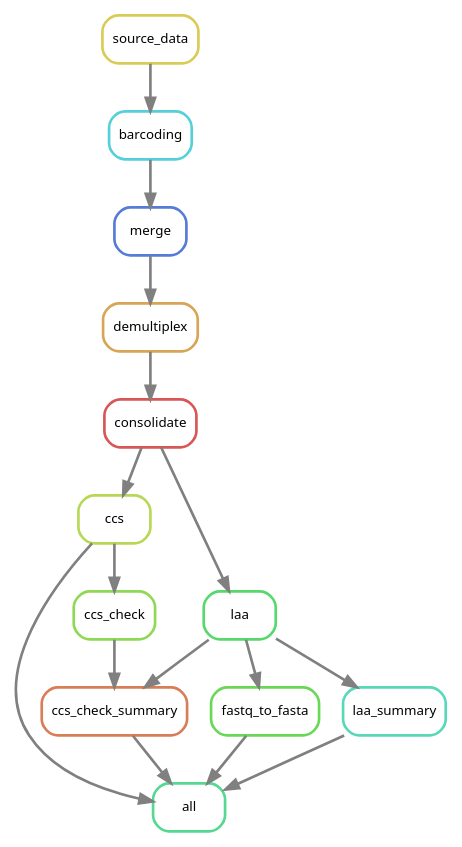
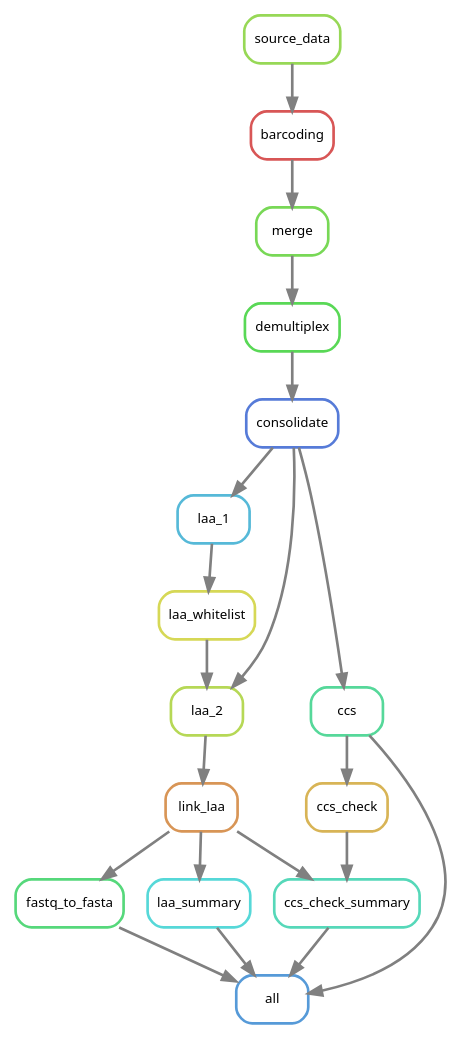
The diagram in README.md (lumc-pgx/preprocessor), drawn with PlantUML before and after one commit.

Commit message:
updated rule graph

````diff
--- a/README.md
+++ b/README.md
@@ -13,34 +13,41 @@
 ```plantuml
 digraph snakemake_dag {
     graph[bgcolor=white, margin=0];
     node[shape=box, style=rounded, fontname=sans,                 fontsize=10, penwidth=2];
     edge[penwidth=2, color=grey];
-	0[label = "consolidate", color = "0.00 0.6 0.85", style="rounded"];
-	1[label = "fastq_to_fasta", color = "0.31 0.6 0.85", style="rounded"];
-	2[label = "ccs_check_summary", color = "0.05 0.6 0.85", style="rounded"];
-	3[label = "demultiplex", color = "0.10 0.6 0.85", style="rounded"];
-	4[label = "ccs_check", color = "0.26 0.6 0.85", style="rounded"];
-	5[label = "ccs", color = "0.21 0.6 0.85", style="rounded"];
-	6[label = "laa", color = "0.36 0.6 0.85", style="rounded"];
-	7[label = "all", color = "0.41 0.6 0.85", style="rounded"];
-	8[label = "laa_summary", color = "0.46 0.6 0.85", style="rounded"];
-	9[label = "source_data", color = "0.15 0.6 0.85", style="rounded"];
-	10[label = "barcoding", color = "0.51 0.6 0.85", style="rounded"];
-	11[label = "merge", color = "0.62 0.6 0.85", style="rounded"];
-	3 -> 0
-	6 -> 1
-	4 -> 2
-	6 -> 2
-	11 -> 3
-	5 -> 4
-	0 -> 5
-	0 -> 6
-	1 -> 7
-	8 -> 7
-	2 -> 7
-	5 -> 7
-	6 -> 8
-	9 -> 10
-	10 -> 11
-}
+        0[label = "barcoding", color = "0.00 0.6 0.85", style="rounded"];
+        1[label = "link_laa", color = "0.08 0.6 0.85", style="rounded"];
+        2[label = "ccs_check", color = "0.12 0.6 0.85", style="rounded"];
+        3[label = "all", color = "0.58 0.6 0.85", style="rounded"];
+        4[label = "source_data", color = "0.25 0.6 0.85", style="rounded"];
+        5[label = "laa_1", color = "0.54 0.6 0.85", style="rounded"];
+        6[label = "fastq_to_fasta", color = "0.38 0.6 0.85", style="rounded"];
+        7[label = "demultiplex", color = "0.33 0.6 0.85", style="rounded"];
+        8[label = "ccs", color = "0.42 0.6 0.85", style="rounded"];
+        9[label = "ccs_check_summary", color = "0.46 0.6 0.85", style="rounded"];
+        10[label = "laa_summary", color = "0.50 0.6 0.85", style="rounded"];
+        11[label = "laa_whitelist", color = "0.17 0.6 0.85", style="rounded"];
+        12[label = "merge", color = "0.29 0.6 0.85", style="rounded"];
+        13[label = "laa_2", color = "0.21 0.6 0.85", style="rounded"];
+        14[label = "consolidate", color = "0.62 0.6 0.85", style="rounded"];
+        4 -> 0
+        13 -> 1
+        8 -> 2
+        6 -> 3
+        8 -> 3
+        9 -> 3
+        10 -> 3
+        14 -> 5
+        1 -> 6
+        12 -> 7
+        14 -> 8
+        1 -> 9
+        2 -> 9
+        1 -> 10
+        5 -> 11
+        0 -> 12
+        14 -> 13
+        11 -> 13
+        7 -> 14
+}            
 ```
````
